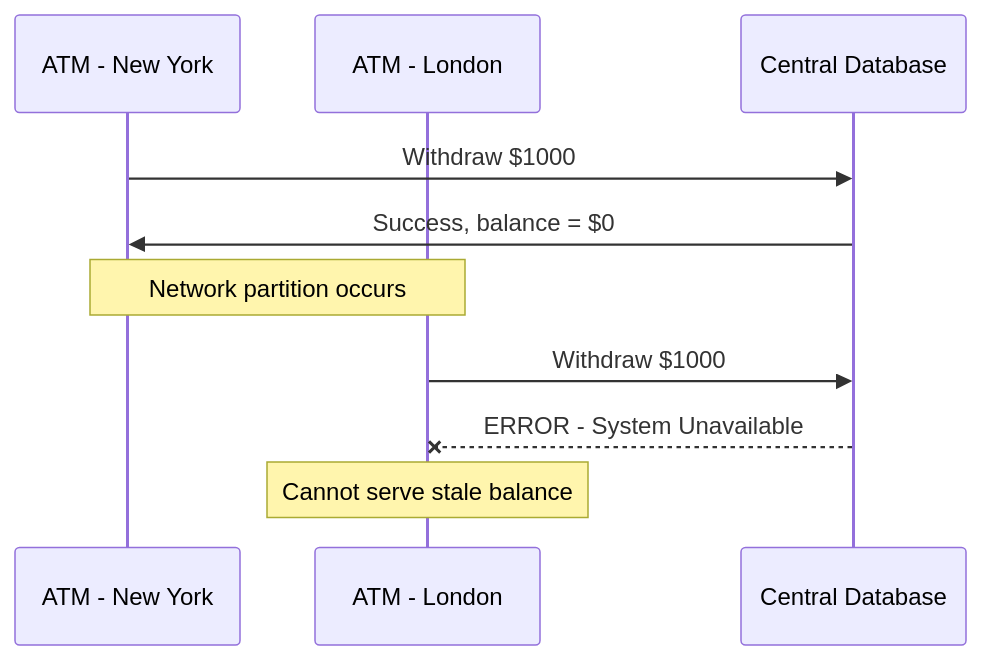
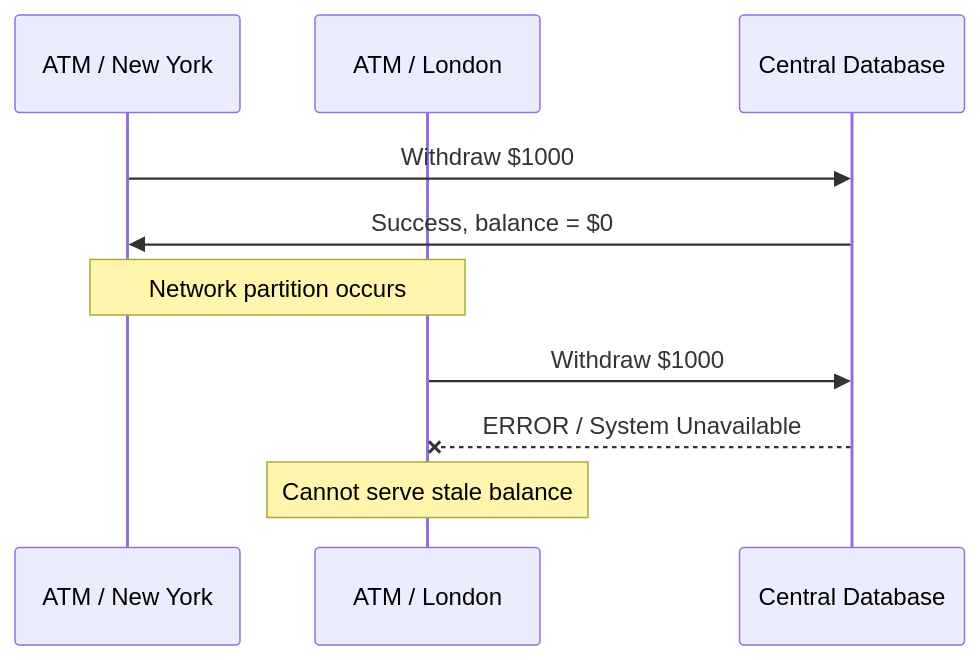
The first of 3 diagrams in bits-pilani/trimester-3/notes/big-data-platforms-and-analytics/week-02/05-trade-offs-cp-vs-ap-systems-transcript.md (hsoni92/ml-workbook), drawn with Mermaid before and after one commit. The commit also changed other lines of this file and 59 other files, not shown here.

````diff
--- a/bits-pilani/trimester-3/notes/big-data-platforms-and-analytics/week-02/05-trade-offs-cp-vs-ap-systems-transcript.md
+++ b/bits-pilani/trimester-3/notes/big-data-platforms-and-analytics/week-02/05-trade-offs-cp-vs-ap-systems-transcript.md
@@ -15,12 +15,12 @@
 ```mermaid
 sequenceDiagram
-    participant NY as ATM - New York
-    participant LON as ATM - London
+    participant NY as ATM / New York
+    participant LON as ATM / London
     participant DB as Central Database
     NY->>DB: Withdraw $1000
     DB->>NY: Success, balance = $0
     Note over NY,LON: Network partition occurs
     LON->>DB: Withdraw $1000
-    DB--xLON: ERROR - System Unavailable
+    DB--xLON: ERROR / System Unavailable
     Note over LON: Cannot serve stale balance
 ```
````
